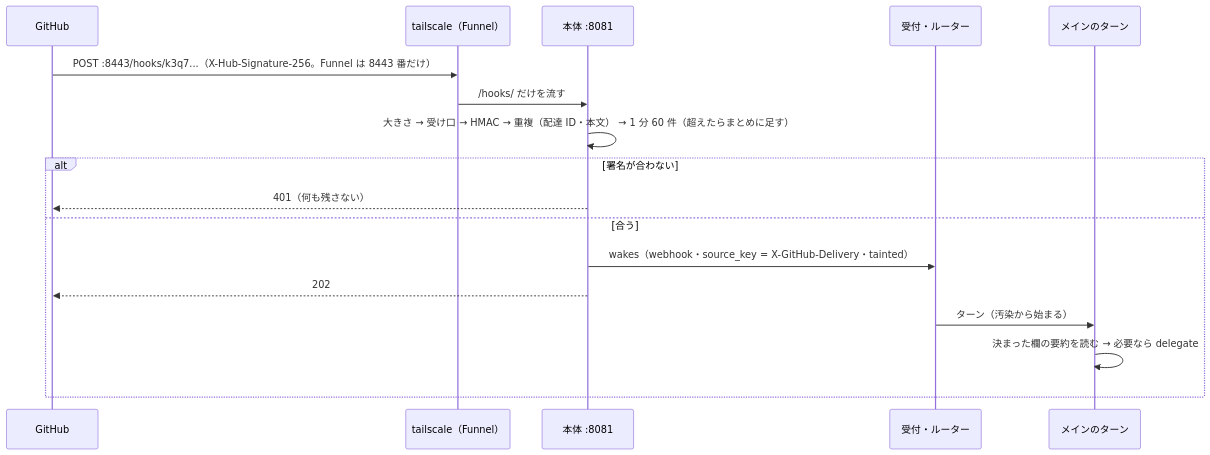
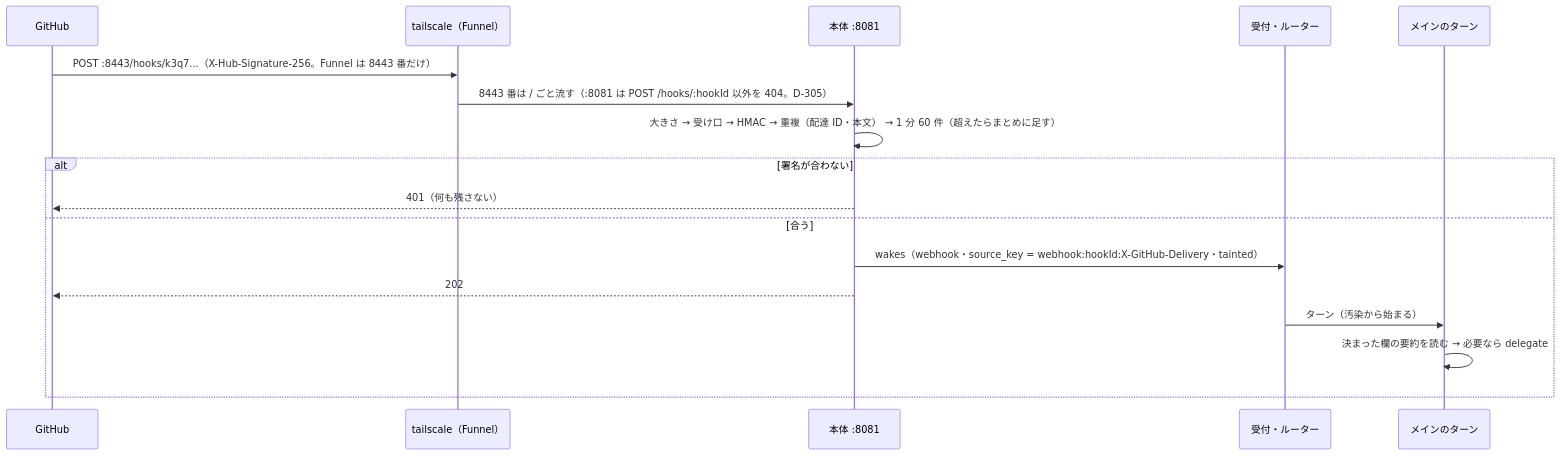
Before and after one commit to itiwoja/agent-team: the third of 13 diagrams in docs/design/10_diagrams/sequences.md, drawn with Mermaid. The commit also changed other lines of this file and 32 other files, not shown here.

````diff
--- a/docs/design/10_diagrams/sequences.md
+++ b/docs/design/10_diagrams/sequences.md
@@ -58,19 +58,19 @@
 ```mermaid
 sequenceDiagram
  participant GH as GitHub
  participant TS as tailscale（Funnel）
  participant H as 本体 :8081
  participant IN as 受付・ルーター
  participant T as メインのターン
  GH->>TS: POST :8443/hooks/k3q7...（X-Hub-Signature-256。Funnel は 8443 番だけ）
- TS->>H: /hooks/ だけを流す
+ TS->>H: 8443 番は / ごと流す（:8081 は POST /hooks/:hookId 以外を 404。D-305）
  H->>H: 大きさ → 受け口 → HMAC → 重複（配達 ID・本文） → 1 分 60 件（超えたらまとめに足す）
  alt 署名が合わない
   H-->>GH: 401（何も残さない）
  else 合う
-  H->>IN: wakes（webhook・source_key = X-GitHub-Delivery・tainted）
+  H->>IN: wakes（webhook・source_key = webhook:hookId:X-GitHub-Delivery・tainted）
   H-->>GH: 202
   IN->>T: ターン（汚染から始まる）
   T->>T: 決まった欄の要約を読む → 必要なら delegate
  end
 ```
````
